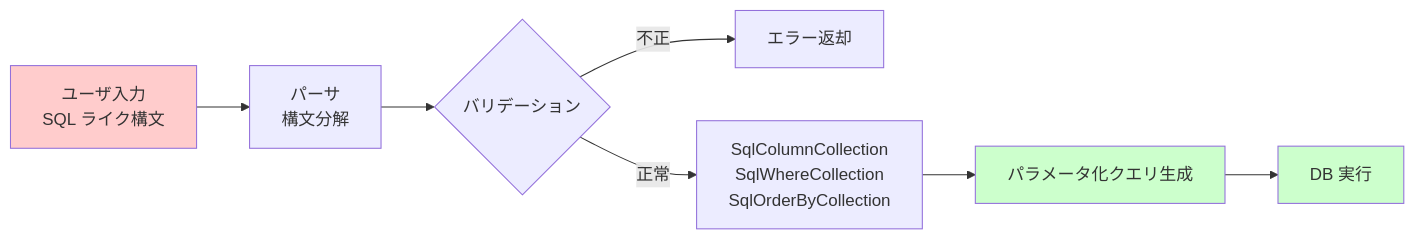
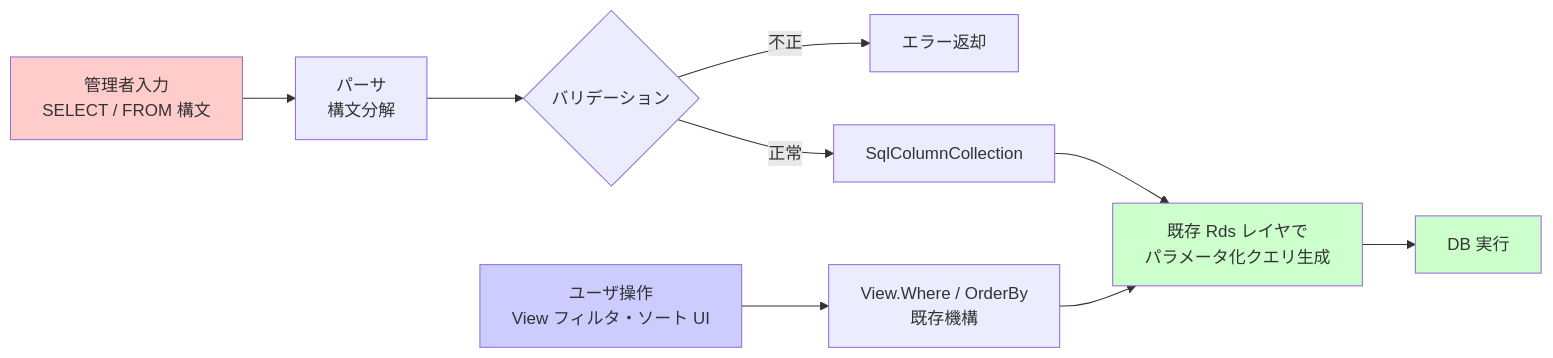
Before and after one commit to vehiclevisionjp/VehicleVision.Pleasanter.ResearchDocuments: the sixth of 9 diagrams in docs/research/06-一覧・ビュー/007-複数テーブル統合ビュー.md, drawn with Mermaid. The commit also changed other lines of this file, not shown here.

Commit message:
docs: EFCore等ライブラリ検討セクション追加、フィルタ・ソートを既存View UI流用に変更

````diff
--- a/docs/research/06-一覧・ビュー/007-複数テーブル統合ビュー.md
+++ b/docs/research/06-一覧・ビュー/007-複数テーブル統合ビュー.md
@@ -511,13 +707,16 @@
 ```mermaid
 flowchart LR
-    A[ユーザ入力<br/>SQL ライク構文] --> B[パーサ<br/>構文分解]
+    A[管理者入力<br/>SELECT / FROM 構文] --> B[パーサ<br/>構文分解]
     B --> C{バリデーション}
     C -->|不正| D[エラー返却]
-    C -->|正常| E[SqlColumnCollection<br/>SqlWhereCollection<br/>SqlOrderByCollection]
-    E --> F[パラメータ化クエリ生成]
-    F --> G[DB 実行]
+    C -->|正常| E[SqlColumnCollection]
+    F[ユーザ操作<br/>View フィルタ・ソート UI] --> G[View.Where / OrderBy<br/>既存機構]
+    E --> H[既存 Rds レイヤで<br/>パラメータ化クエリ生成]
+    G --> H
+    H --> I[DB 実行]
 
     style A fill:#ffcccc
-    style F fill:#ccffcc
-    style G fill:#ccffcc
+    style F fill:#ccccff
+    style H fill:#ccffcc
+    style I fill:#ccffcc
 ```
````
